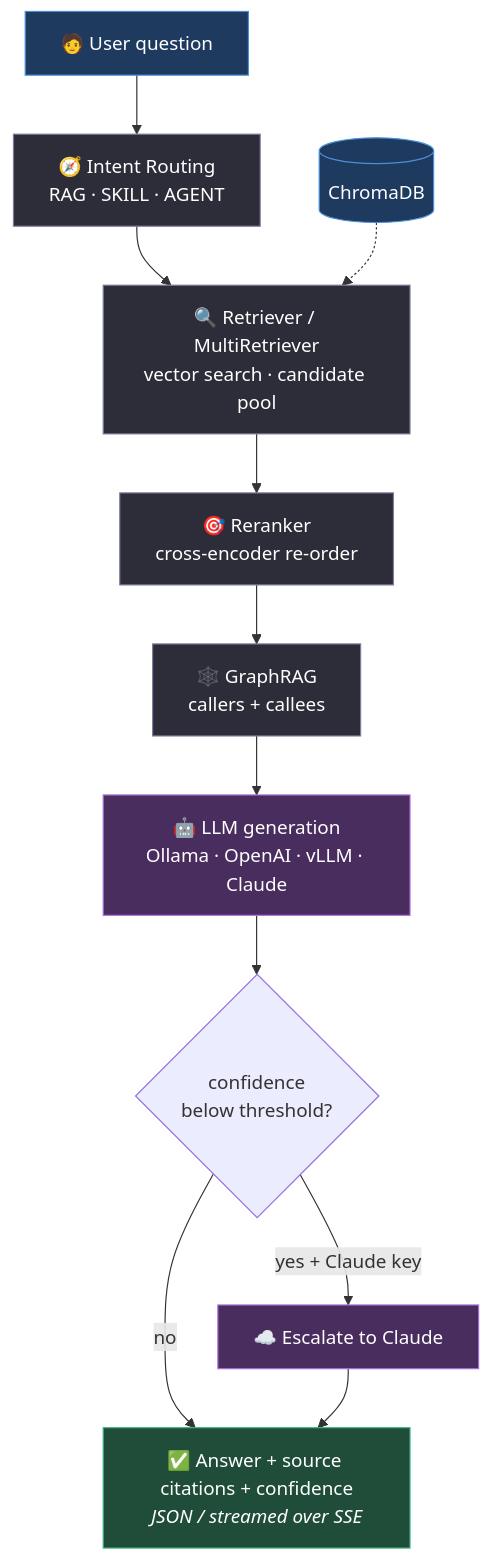
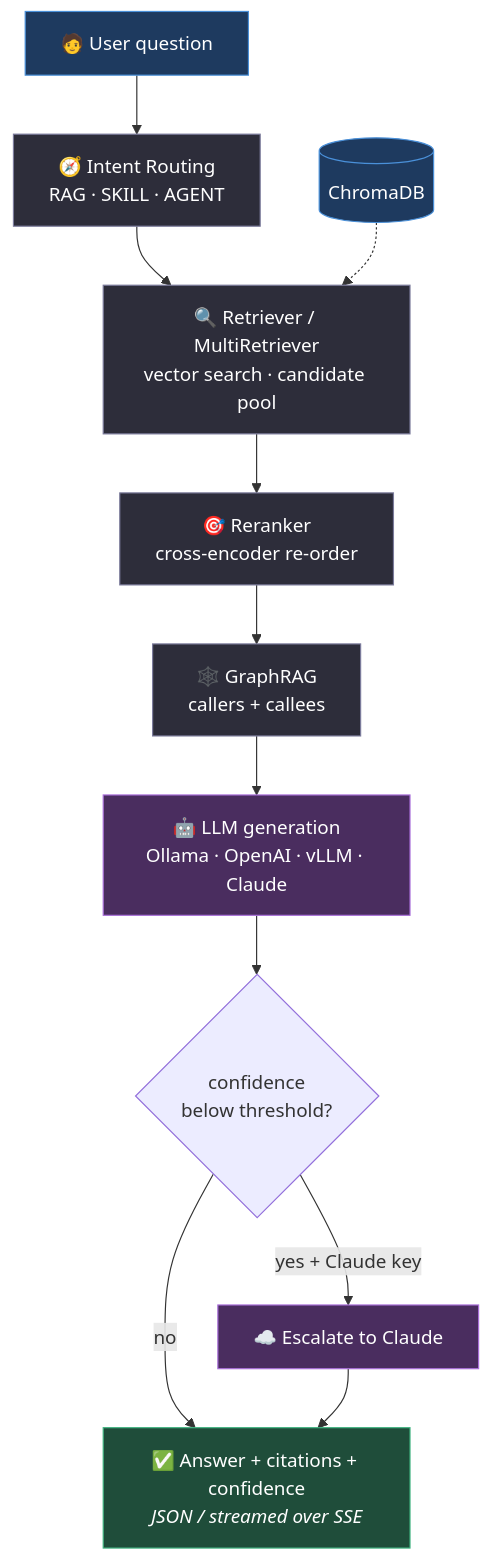
The second of 4 diagrams in README.md (ViciusLio/IntelligenceSuite), drawn with Mermaid before and after one commit. The commit also changed other lines of this file, not shown here.

First line of the commit message:
docs: restructure README for readability — clickable TOC, trimmed content, updated + new Mermaid diagrams

````diff
--- a/README.md
+++ b/README.md
@@ -67,22 +92,22 @@
 ```mermaid
 flowchart TD
     Q["🧑 User question"] --> IR["🧭 Intent Routing<br/>RAG · SKILL · AGENT"]
     IR --> RET["🔍 Retriever / MultiRetriever<br/>vector search · candidate pool"]
     DB[("ChromaDB")] -.-> RET
     RET --> RR["🎯 Reranker<br/>cross-encoder re-order"]
     RR --> GR["🕸️ GraphRAG<br/>callers + callees"]
     GR --> LLM["🤖 LLM generation<br/>Ollama · OpenAI · vLLM · Claude"]
     LLM --> ESC{"confidence<br/>below threshold?"}
     ESC -->|"yes + Claude key"| CL["☁️ Escalate to Claude"]
-    ESC -->|no| ANS["✅ Answer + source citations + confidence<br/><i>JSON / streamed over SSE</i>"]
+    ESC -->|no| ANS["✅ Answer + citations + confidence<br/><i>JSON / streamed over SSE</i>"]
     CL --> ANS
 
     classDef inp fill:#1e3a5f,stroke:#4a90d9,color:#fff;
     classDef proc fill:#2d2d3a,stroke:#7c7c9c,color:#fff;
     classDef gen fill:#4a2d5f,stroke:#a96fd9,color:#fff;
     classDef out fill:#1f4d3a,stroke:#3fb27f,color:#fff;
     class Q,DB inp;
     class IR,RET,RR,GR proc;
     class LLM,CL gen;
     class ANS out;
 ```
````
